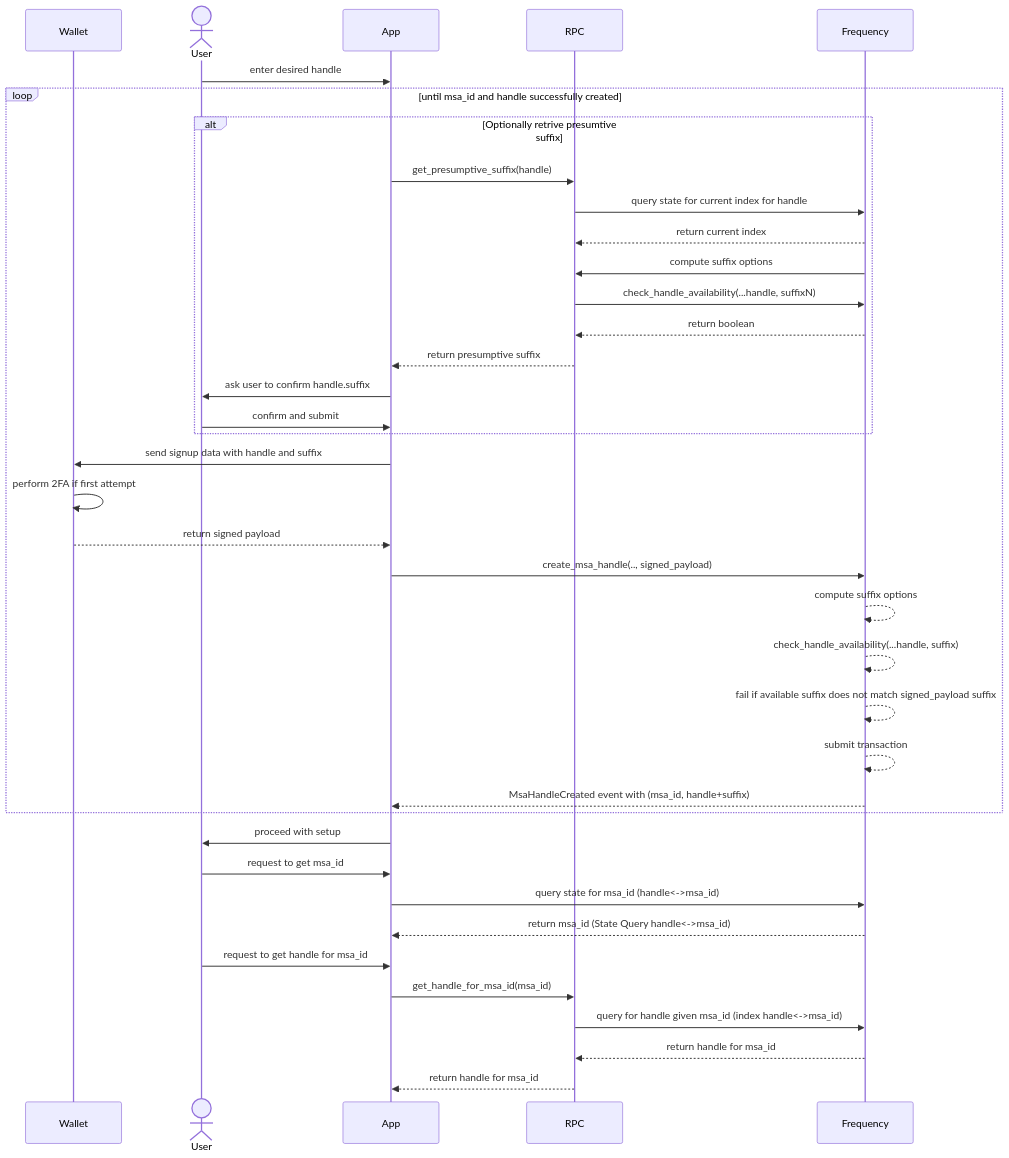
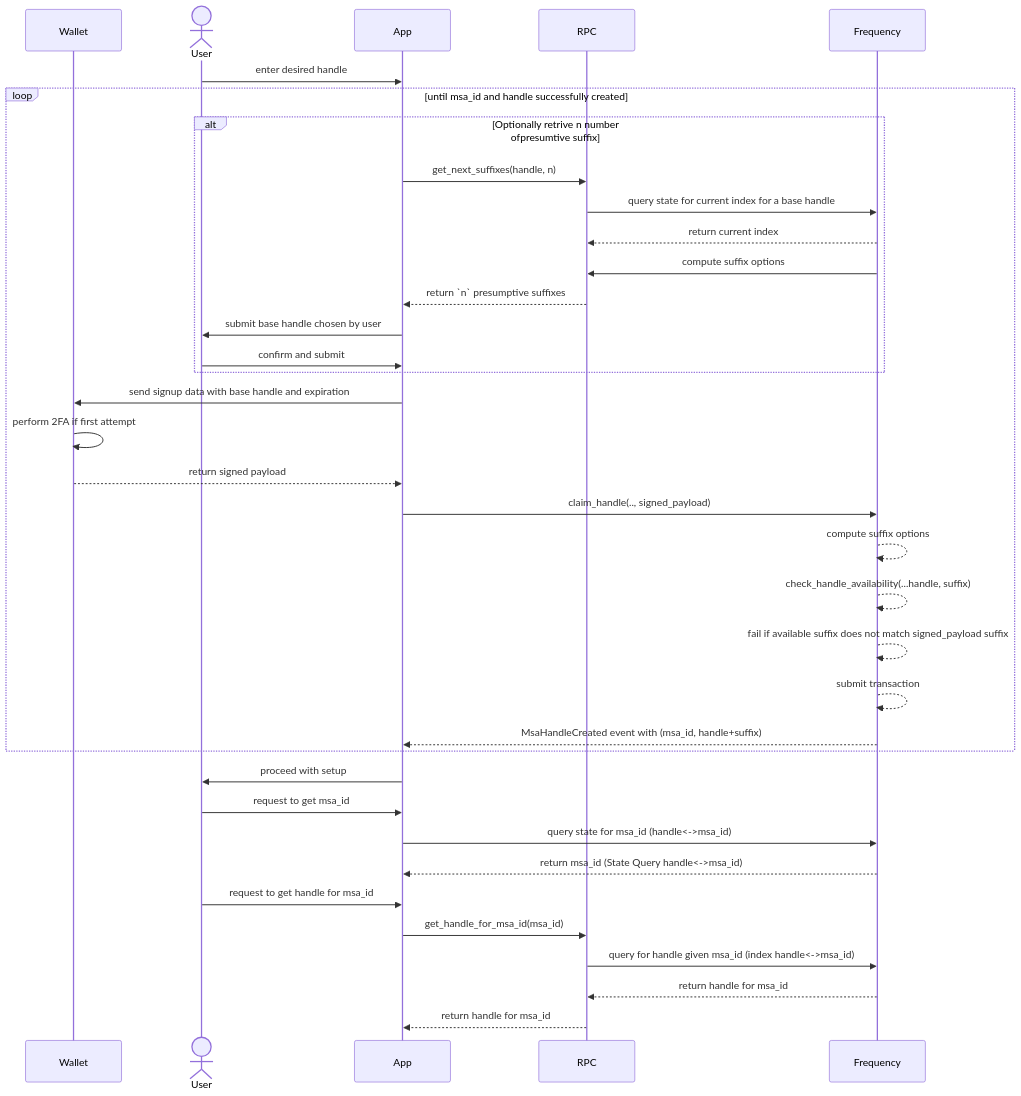
Before and after one commit to frequency-chain/frequency: the diagram in designdocs/user-handles.md, drawn with Mermaid.

Commit message:
clean up seq diag

````diff
--- a/designdocs/user-handles.md
+++ b/designdocs/user-handles.md
@@ -77,40 +77,38 @@
 ```mermaid
 sequenceDiagram
     participant Wallet
     actor User
     participant App
     participant RPC
     participant Frequency
     User->>App: enter desired handle
     loop until msa_id and handle successfully created
-        alt Optionally retrive presumtive suffix
-        App->>RPC: get_presumptive_suffix(handle)
-        RPC->>Frequency: query state for current index for handle
+        alt Optionally retrive n number ofpresumtive suffix
+        App->>RPC: get_next_suffixes(handle, n)
+        RPC->>Frequency: query state for current index for a base handle
         Frequency-->>RPC: return current index
         Frequency->>RPC: compute suffix options
-            RPC->>Frequency: check_handle_availability(...handle, suffixN)
-            Frequency-->>RPC: return boolean
-        RPC-->>App: return presumptive suffix
-        App->>User: ask user to confirm handle.suffix
+        RPC-->>App: return `n` presumptive suffixes
+        App->>User: submit base handle chosen by user
         User->>App: confirm and submit
         end
-        App->>Wallet: send signup data with handle and suffix
+        App->>Wallet: send signup data with base handle and expiration
         Wallet->>Wallet: perform 2FA if first attempt
         Wallet-->>App: return signed payload
-        App->>Frequency: create_msa_handle(.., signed_payload)
+        App->>Frequency: claim_handle(.., signed_payload)
         Frequency-->>Frequency: compute suffix options
         Frequency-->>Frequency: check_handle_availability(...handle, suffix)
         Frequency-->>Frequency: fail if available suffix does not match signed_payload suffix
         Frequency-->>Frequency: submit transaction
         Frequency-->>App: MsaHandleCreated event with (msa_id, handle+suffix)
     end
     App->>User: proceed with setup
     User->>App: request to get msa_id
     App->>Frequency: query state for msa_id (handle<->msa_id)
     Frequency-->>App: return msa_id (State Query handle<->msa_id)
     User->>App: request to get handle for msa_id
     App->>RPC: get_handle_for_msa_id(msa_id)
     RPC->>Frequency: query for handle given msa_id (index handle<->msa_id)
     Frequency-->>RPC: return handle for msa_id
     RPC-->>App: return handle for msa_id
 ```
````
